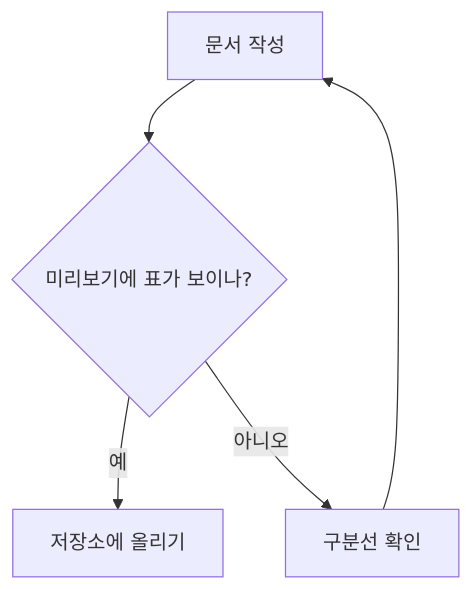
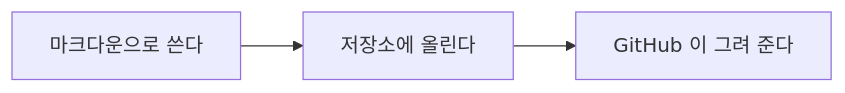
Before and after one commit to SINGLE-COURSE-LECTURE/md-lab-demo: the diagram in README.md, drawn with Mermaid. The commit also changed other lines of this file, not shown here.

````diff
--- a/README.md
+++ b/README.md
@@ -45,7 +14,5 @@
 ```mermaid
-flowchart TD
-    A[문서 작성] --> B{미리보기에 표가 보이나?}
-    B -- 예 --> C[저장소에 올리기]
-    B -- 아니오 --> D[구분선 확인]
-    D --> A
+flowchart LR
+    A[마크다운으로 쓴다] --> B[저장소에 올린다]
+    B --> C[GitHub 이 그려 준다]
 ```
````
